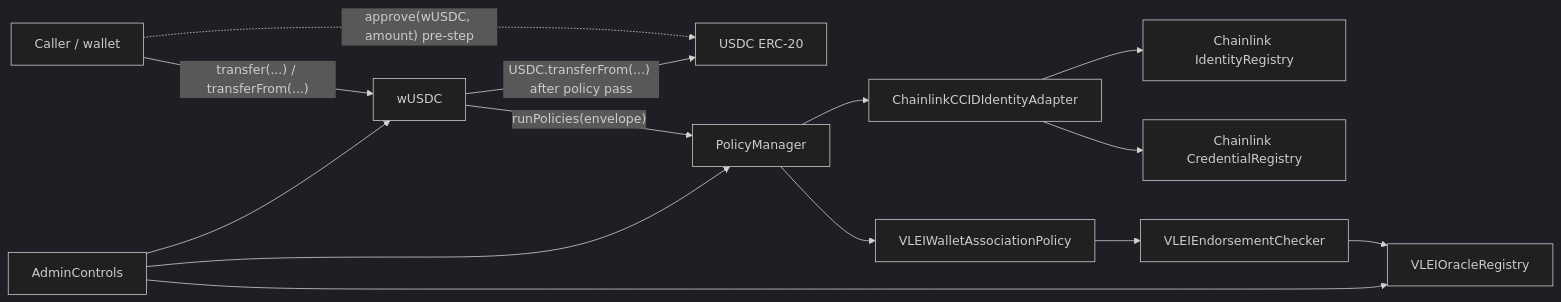
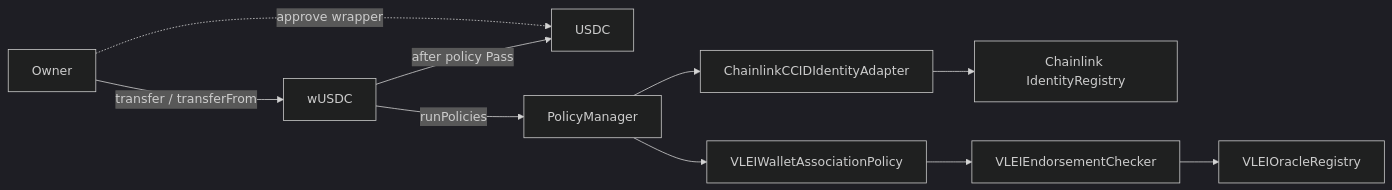
One commit to GLEIF-IT/vlei-comply changed the diagram in docs/architecture.md. Above: the diagram before and after it, drawn with Mermaid (dark theme). The commit also changed other lines of this file and 31 other files, not shown here.

First line of the commit message:
Remove mediated and pending wrapper transfer workflows

````diff
--- a/docs/architecture.md
+++ b/docs/architecture.md
@@ -9,16 +8,12 @@
 ```mermaid
 flowchart LR
-  User["Caller / wallet"] -->|"transfer(...) / transferFrom(...)"| Wrapper["wUSDC"]
-  User -.->|"approve(wUSDC, amount) pre-step"| Asset["USDC ERC-20"]
-  Wrapper -->|"USDC.transferFrom(...) after policy pass"| Asset
-  Wrapper -->|"runPolicies(envelope)"| Manager["PolicyManager"]
-  Manager --> Adapter["ChainlinkCCIDIdentityAdapter"]
-  Adapter --> ChainlinkId["Chainlink IdentityRegistry"]
-  Adapter --> ChainlinkCred["Chainlink CredentialRegistry"]
-  Manager --> Policy["VLEIWalletAssociationPolicy"]
-  Policy --> Verifier["VLEIEndorsementChecker"]
-  Verifier --> Oracle["VLEIOracleRegistry"]
-  Admin["AdminControls"] --> Wrapper
-  Admin --> Manager
-  Admin --> Oracle
+  Owner -->|transfer / transferFrom| Wrapper[wUSDC]
+  Owner -.->|approve wrapper| Asset[USDC]
+  Wrapper -->|after policy Pass| Asset
+  Wrapper -->|runPolicies| Manager[PolicyManager]
+  Manager --> Adapter[ChainlinkCCIDIdentityAdapter]
+  Adapter --> Id[Chainlink IdentityRegistry]
+  Manager --> Policy[VLEIWalletAssociationPolicy]
+  Policy --> Checker[VLEIEndorsementChecker]
+  Checker --> Oracle[VLEIOracleRegistry]
 ```
````
